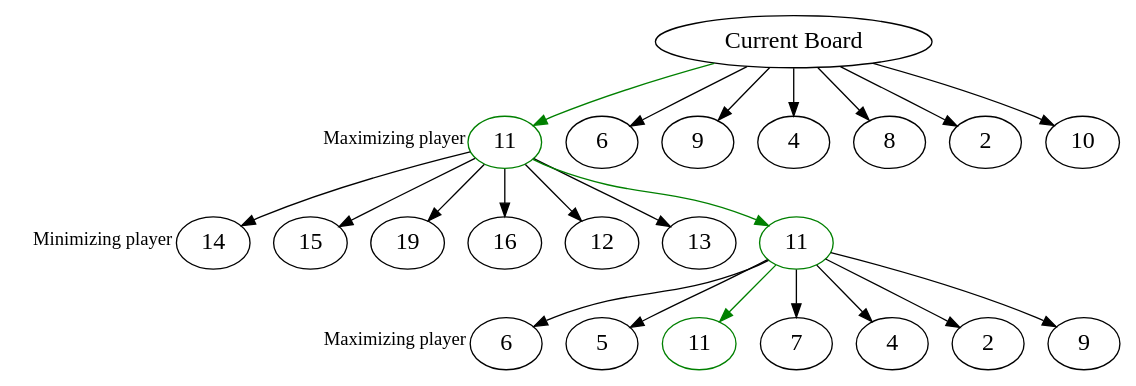
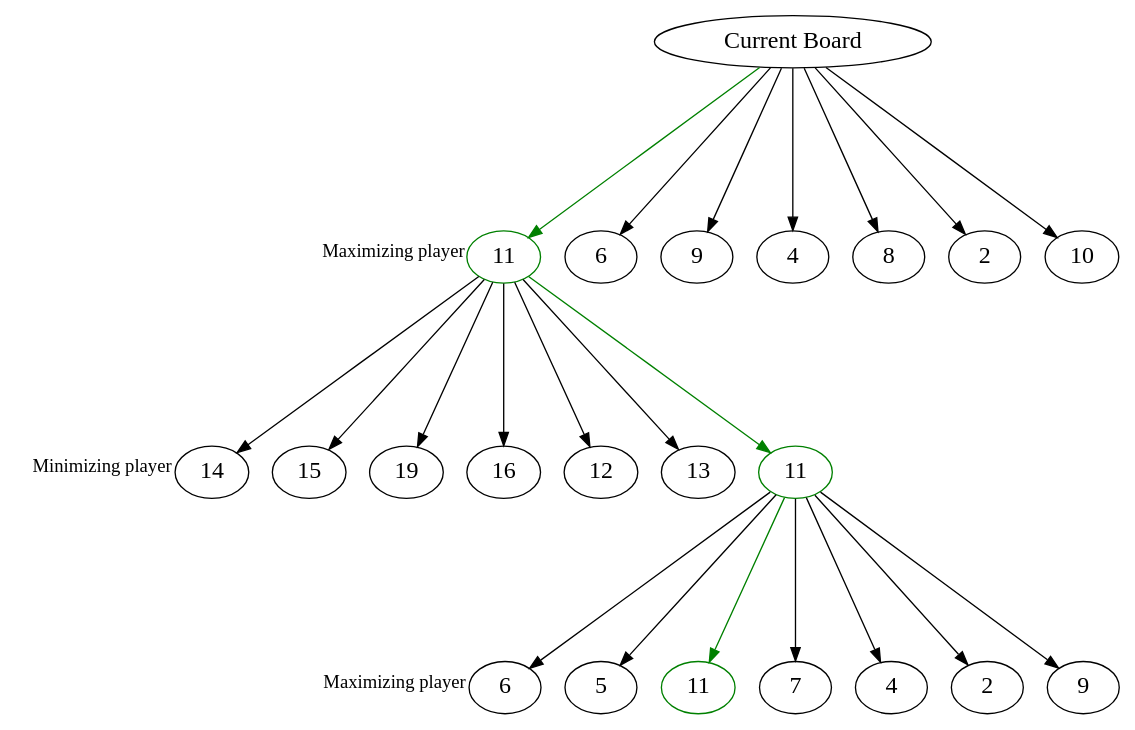
The diagram in MinimaxDiagram.dot (jimPruyne/connect4), drawn with Graphviz before and after one commit.

Commit message:
Added ranksep to separate the levels more and adjusted position of edge labels

```diff
--- a/MinimaxDiagram.dot
+++ b/MinimaxDiagram.dot
@@ -1,47 +1,48 @@
 digraph minimax
 {
+    ranksep=1.7;
     node [fontsize=18,font=consolas];
     Start [label="Current Board"];
     A [label="11", color=green];
     B [label="6"];
     C [label="9"];
     D [label="4"];
     E [label="8"];
     F [label="2"];
     G [label="10"];
-    Start -> A [color=green, headlabel="Maximizing player", labeldistance=10.5, labelangle=160];
+    Start -> A [color=green, headlabel="Maximizing player", labeldistance=10.2, labelangle=150];
     Start -> B;
     Start -> C;
     Start -> D;
     Start -> E;
     Start -> F;
     Start -> G;
     A1 [label="14"];
     A2 [label="15"];
     A3 [label="19"];
     A4 [label="16"];
     A5 [label="12"];
     A6 [label="13"];
     A7 [label="11", color=green];
-    A -> A1 [headlabel="Minimizing player", labeldistance=10.5, labelangle=160];
+    A -> A1 [headlabel="Minimizing player", labeldistance=10.2, labelangle=150];
     A -> A2;
     A -> A3;
     A -> A4;
     A -> A5;
     A -> A6;
     A -> A7 [color=green];
     H1 [label="6"];
     H2 [label="5"];
     H3 [label="11", color=green];
     H4 [label="7"];
     H5 [label="4"];
     H6 [label="2"];
     H7 [label="9"];
-    A7 -> H1 [headlabel="Maximizing player", labeldistance=10.5, labelangle=160];
+    A7 -> H1 [headlabel="Maximizing player", labeldistance=10.2, labelangle=150];
     A7 -> H2;
     A7 -> H3 [color=green];
     A7 -> H4;
     A7 -> H5;
     A7 -> H6;
     A7 -> H7;
 }
```
